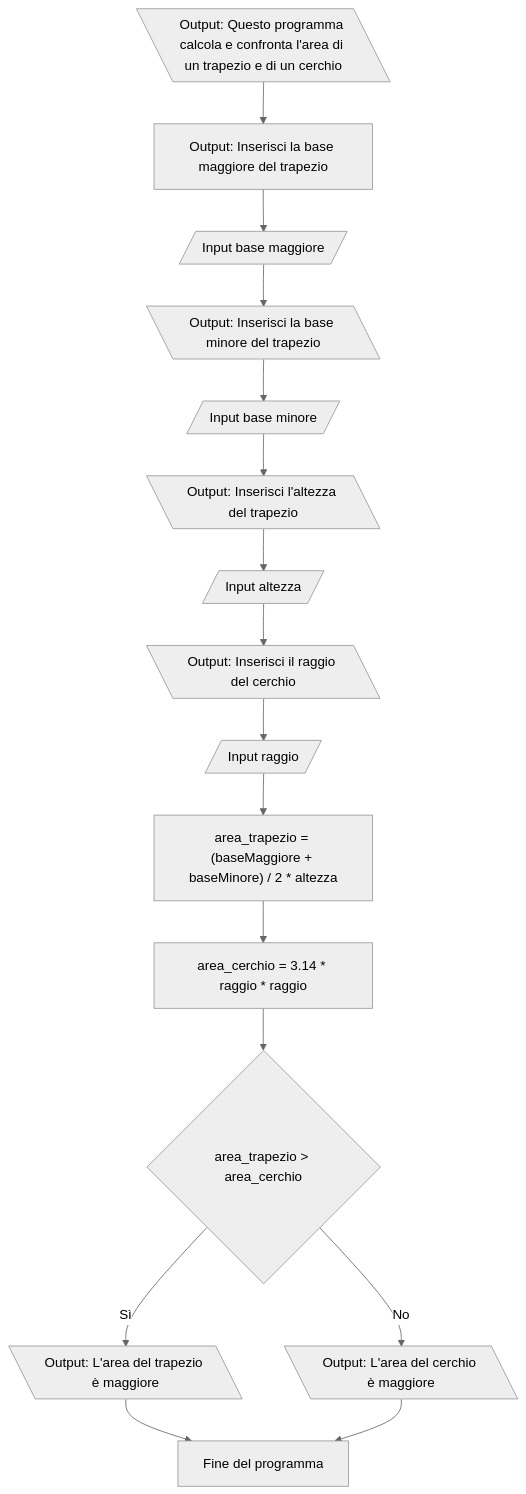
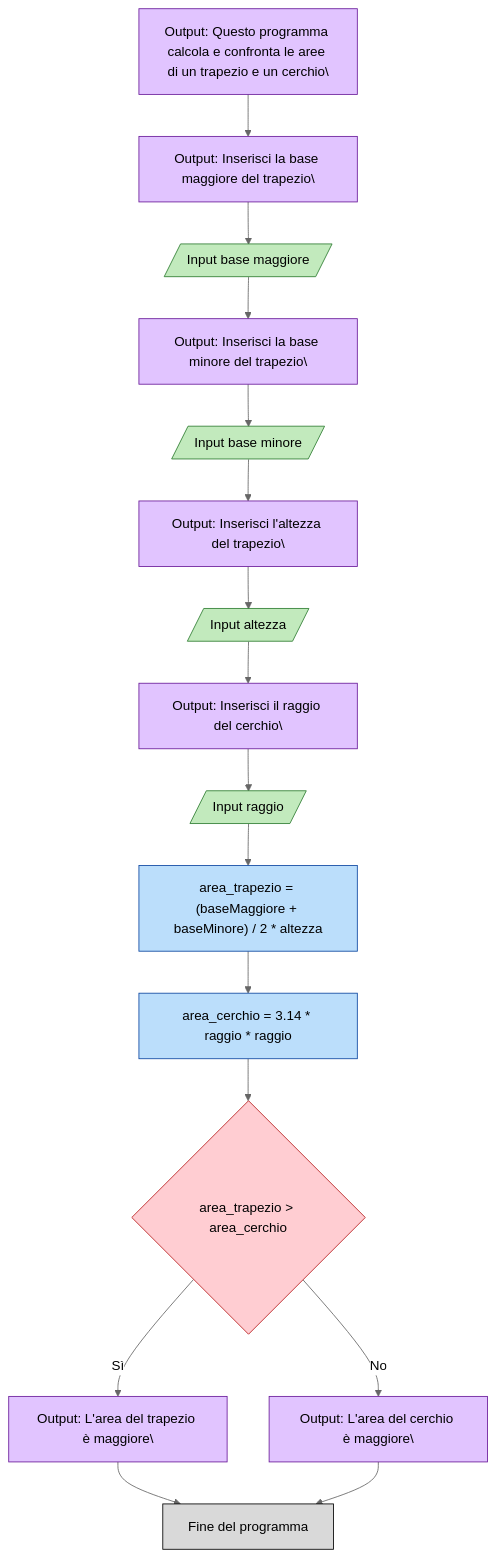
The seventh of 7 diagrams in docs/algocoding/01_flowgorithm.md (Federob/infohandouts), drawn with Mermaid (neutral theme) before and after one commit. The commit also changed other lines of this file, not shown here.

````diff
--- a/docs/algocoding/01_flowgorithm.md
+++ b/docs/algocoding/01_flowgorithm.md
@@ -168,25 +172,25 @@
 ```mermaid
 flowchart TD
-    A[\"Output: Questo programma calcola e confronta l'area di un trapezio e di un cerchio"\] --> B["Output: Inserisci la base maggiore del trapezio"]
-    B --> C[/Input base maggiore/]
 
-    C --> D[\"Output: Inserisci la base minore del trapezio"\]
-    D --> E[/Input base minore/]
+    classDef startend fill:#D9D9D9,stroke:#000
+    classDef input fill:#C2EABD,stroke:#2E7D32
+    classDef output fill:#E1C4FF,stroke:#6A1B9A
+    classDef assign fill:#BBDEFB,stroke:#0D47A1
+    classDef decision fill:#FFCDD2,stroke:#B71C1C
 
-    E --> F[\"Output: Inserisci l'altezza del trapezio"\]
-    F --> G[/Input altezza/]
+    A["Output: Questo programma calcola e confronta le aree di un trapezio e un cerchio"\]:::output --> 
+    B["Output: Inserisci la base maggiore del trapezio"\]:::output --> C[/Input base maggiore/]:::input
+    C --> D["Output: Inserisci la base minore del trapezio"\]:::output --> E[/Input base minore/]:::input
+    E --> F["Output: Inserisci l'altezza del trapezio"\]:::output --> G[/Input altezza/]:::input
+    G --> H["Output: Inserisci il raggio del cerchio"\]:::output --> I[/Input raggio/]:::input
 
-    G --> H[\"Output: Inserisci il raggio del cerchio"\]
-    H --> I[/Input raggio/]
+    I --> J["area_trapezio = (baseMaggiore + baseMinore) / 2 * altezza"]:::assign
+    J --> K["area_cerchio = 3.14 * raggio * raggio"]:::assign
 
-    I --> J["area_trapezio = (baseMaggiore + baseMinore) / 2 * altezza"]
-    J --> K["area_cerchio = 3.14 * raggio * raggio"]
+    K --> L{"area_trapezio > area_cerchio"}:::decision
+    L -->|Sì| M["Output: L'area del trapezio è maggiore"\]:::output
+    L -->|No| N["Output: L'area del cerchio è maggiore"\]:::output
 
-    K --> L{"area_trapezio > area_cerchio"}
-
-    L -->|Sì| M[\"Output: L'area del trapezio è maggiore"\]
-    L -->|No| N[\"Output: L'area del cerchio è maggiore"\]
-
-    M --> O["Fine del programma"]
-    N --> O["Fine del programma"]
+    M --> O["Fine del programma"]:::startend
+    N --> O["Fine del programma"]:::startend
 ```
````
